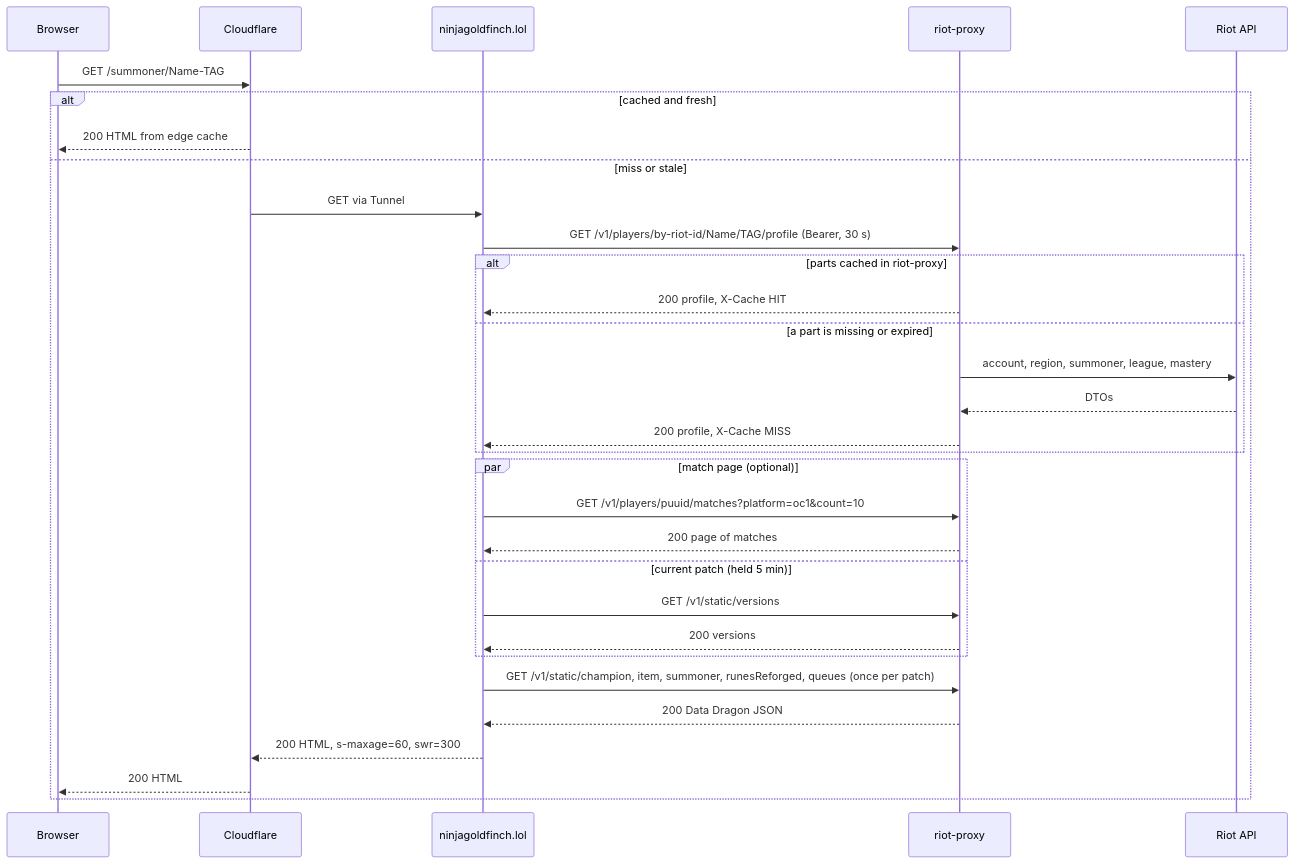
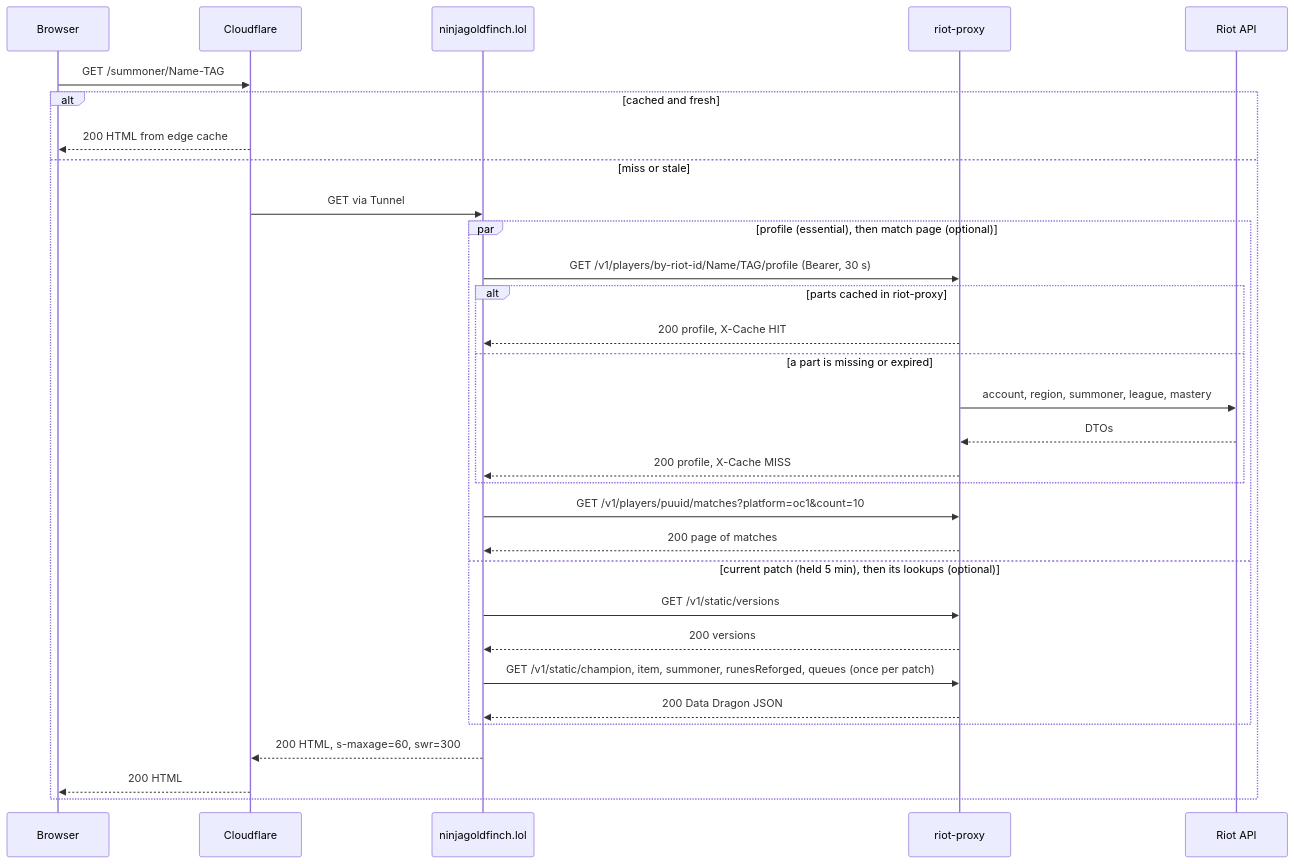
The first of 4 diagrams in docs/architecture/request-lifecycle.md (NinjaGoldfinch/ninjagoldfinch-lol), drawn with Mermaid before and after one commit. The commit also changed other lines of this file and 28 other files, not shown here.

First line of the commit message:
perf(loads): start the patch and its lookups alongside each page's main call

````diff
--- a/docs/architecture/request-lifecycle.md
+++ b/docs/architecture/request-lifecycle.md
@@ -23,34 +23,34 @@
 ```mermaid
 sequenceDiagram
   participant Browser
   participant Cloudflare
   participant Site as ninjagoldfinch.lol
   participant Proxy as riot-proxy
   participant Riot as Riot API
 
   Browser->>Cloudflare: GET /summoner/Name-TAG
   alt cached and fresh
     Cloudflare-->>Browser: 200 HTML from edge cache
   else miss or stale
     Cloudflare->>Site: GET via Tunnel
-    Site->>Proxy: GET /v1/players/by-riot-id/Name/TAG/profile (Bearer, 30 s)
-    alt parts cached in riot-proxy
-      Proxy-->>Site: 200 profile, X-Cache HIT
-    else a part is missing or expired
-      Proxy->>Riot: account, region, summoner, league, mastery
-      Riot-->>Proxy: DTOs
-      Proxy-->>Site: 200 profile, X-Cache MISS
-    end
-    par match page (optional)
+    par profile (essential), then match page (optional)
+      Site->>Proxy: GET /v1/players/by-riot-id/Name/TAG/profile (Bearer, 30 s)
+      alt parts cached in riot-proxy
+        Proxy-->>Site: 200 profile, X-Cache HIT
+      else a part is missing or expired
+        Proxy->>Riot: account, region, summoner, league, mastery
+        Riot-->>Proxy: DTOs
+        Proxy-->>Site: 200 profile, X-Cache MISS
+      end
       Site->>Proxy: GET /v1/players/puuid/matches?platform=oc1&count=10
       Proxy-->>Site: 200 page of matches
-    and current patch (held 5 min)
+    and current patch (held 5 min), then its lookups (optional)
       Site->>Proxy: GET /v1/static/versions
       Proxy-->>Site: 200 versions
+      Site->>Proxy: GET /v1/static/champion, item, summoner, runesReforged, queues (once per patch)
+      Proxy-->>Site: 200 Data Dragon JSON
     end
-    Site->>Proxy: GET /v1/static/champion, item, summoner, runesReforged, queues (once per patch)
-    Proxy-->>Site: 200 Data Dragon JSON
     Site-->>Cloudflare: 200 HTML, s-maxage=60, swr=300
     Cloudflare-->>Browser: 200 HTML
   end
 ```
````
